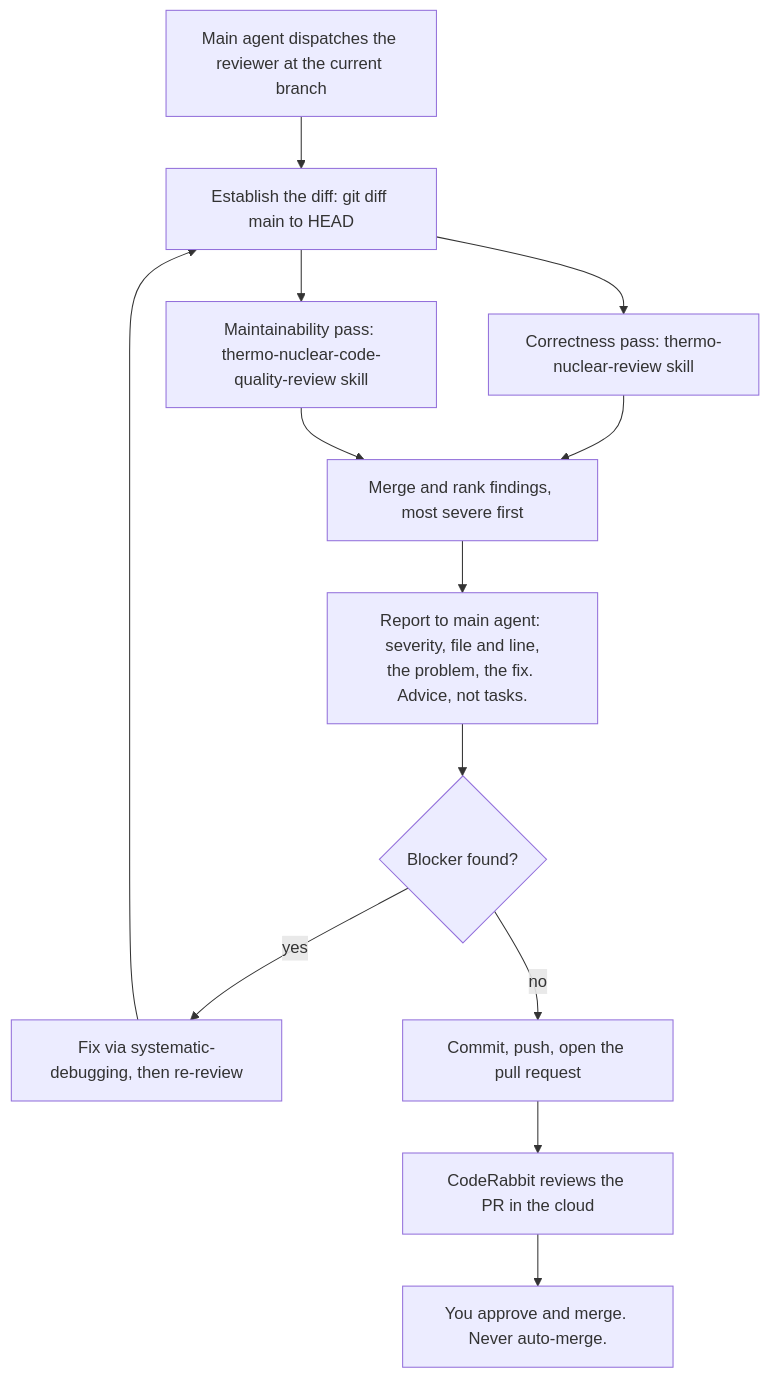
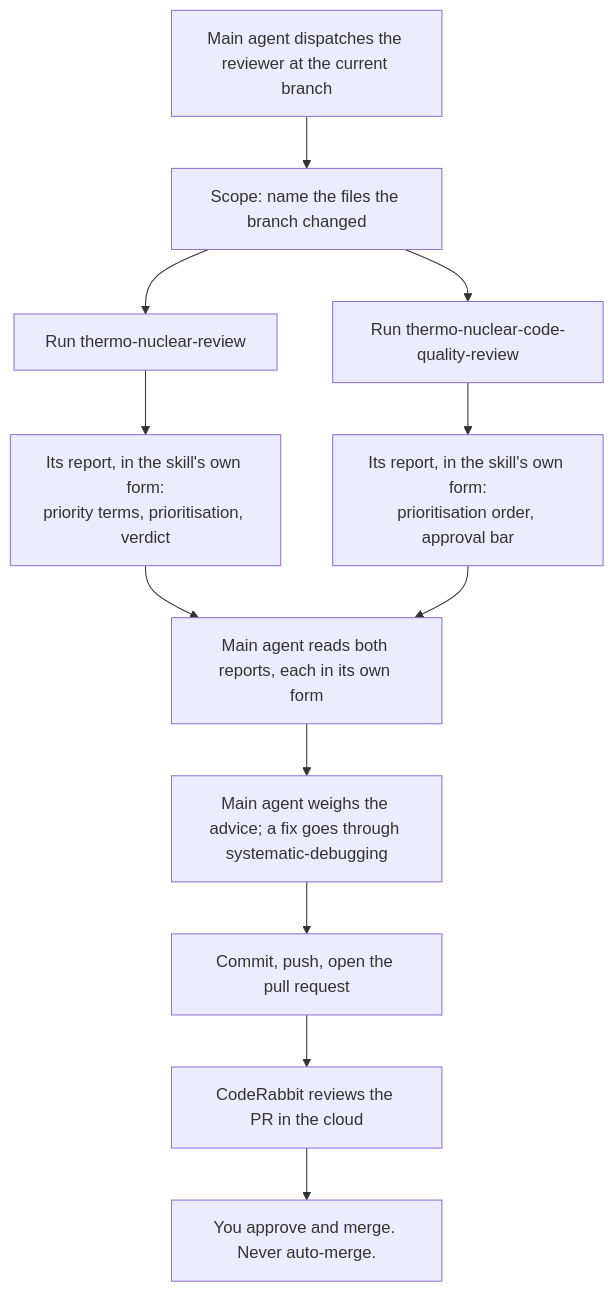
The second of 2 diagrams in README.md (RajarshiB21/Remoticon), drawn with Mermaid before and after one commit. The commit also changed other lines of this file and 1 other file, not shown here.

Commit message:
Rebuild reviewer subagent to defer to the thermo skills, not funnel them
The first reviewer.md imposed its own reporting template (invented
severity scale, forced problem/fix one-liners, merged both skills into one
ranked list), which flattened and overrode the expert skills' native output.

Rebuild it to review by running both skills and return each skill's report in
that skill's own form (its priority/risk terms, prioritisation order, approval
bar, phrasing). It adds only a scope line and two headings, imposes no template,
ranking, or verdict of its own, and preserves each skill's required steps
(thermo-nuclear-review's PR-discussion check; thermo-cq's prioritisation and
approval bar). An adversarial audit against both skills confirmed no residual
funnel.

README: realign the reviewer bullet, the "How the reviewer works" section, and
its mermaid diagram to the corrected design.

Claude-Session: https://claude.ai/code/session_01PzNofpEym3LM7bmYpxFQmg

````diff
--- a/README.md
+++ b/README.md
@@ -46,15 +46,14 @@
 ```mermaid
 flowchart TD
-    A[Main agent dispatches the reviewer at the current branch] --> B[Establish the diff: git diff main to HEAD]
-    B --> C[Correctness pass: thermo-nuclear-review skill]
-    B --> D[Maintainability pass: thermo-nuclear-code-quality-review skill]
-    C --> E[Merge and rank findings, most severe first]
-    D --> E
-    E --> F["Report to main agent: severity, file and line,<br/>the problem, the fix. Advice, not tasks."]
-    F --> G{Blocker found?}
-    G -->|yes| H[Fix via systematic-debugging, then re-review]
-    H --> B
-    G -->|no| I[Commit, push, open the pull request]
+    A[Main agent dispatches the reviewer at the current branch] --> B[Scope: name the files the branch changed]
+    B --> C[Run thermo-nuclear-review]
+    B --> D[Run thermo-nuclear-code-quality-review]
+    C --> E["Its report, in the skill's own form:<br/>priority terms, prioritisation, verdict"]
+    D --> F["Its report, in the skill's own form:<br/>prioritisation order, approval bar"]
+    E --> G[Main agent reads both reports, each in its own form]
+    F --> G
+    G --> H[Main agent weighs the advice; a fix goes through systematic-debugging]
+    H --> I[Commit, push, open the pull request]
     I --> J[CodeRabbit reviews the PR in the cloud]
     J --> K[You approve and merge. Never auto-merge.]
 ```
````
